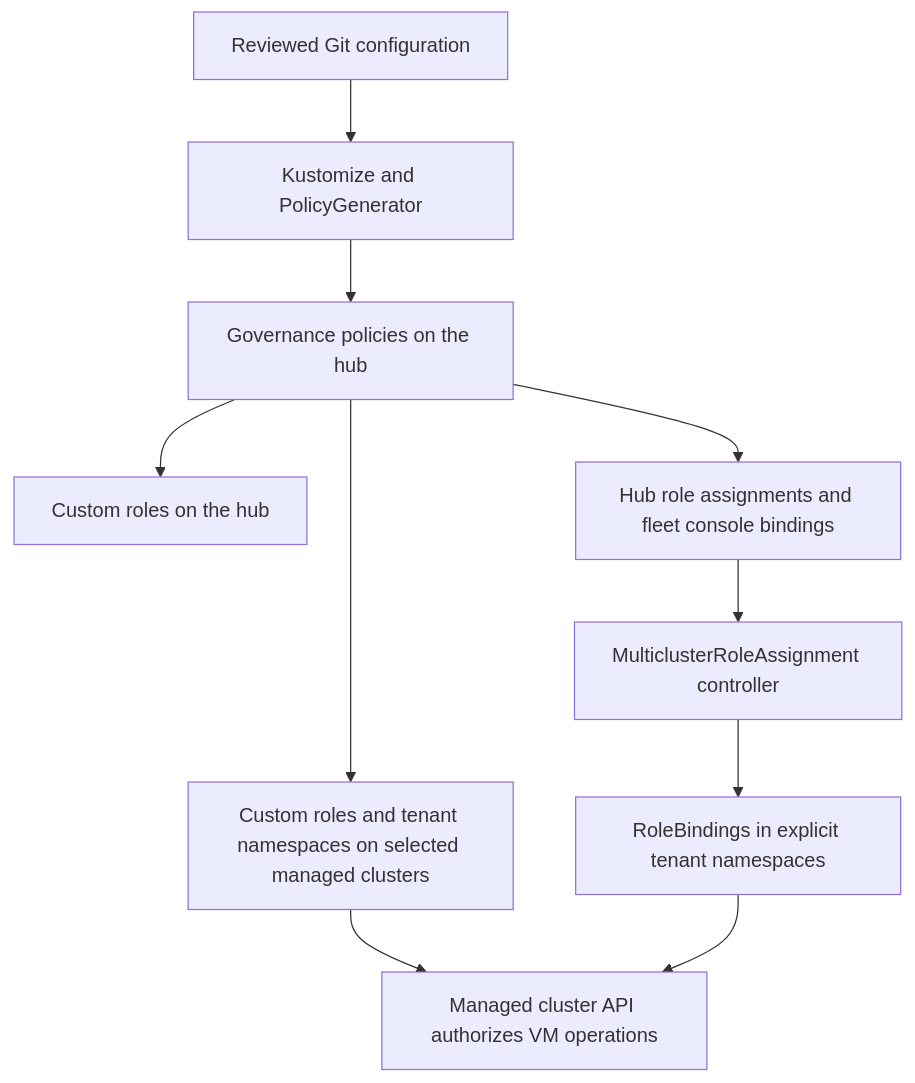
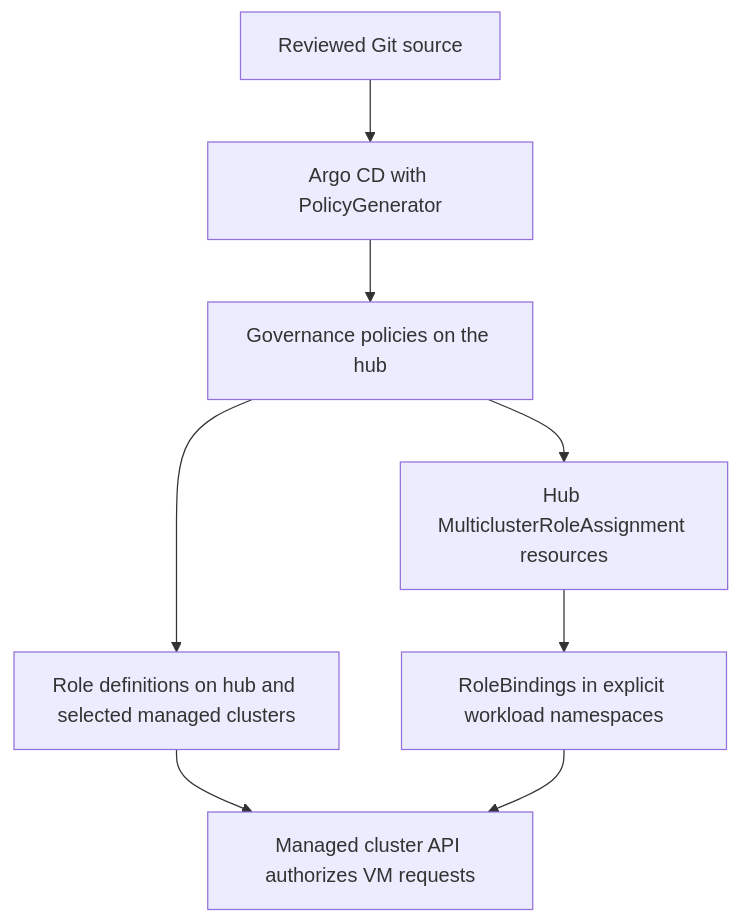
The diagram in virtrbacblog_v2.md (ch-stark/finegrainedrbacvirt), drawn with Mermaid before and after one commit. The commit also changed other lines of this file and 3 other files, not shown here.

````diff
--- a/virtrbacblog_v2.md
+++ b/virtrbacblog_v2.md
@@ -32,12 +31,10 @@
 ```mermaid
 flowchart TD
-    Git[Reviewed Git configuration] --> Build[Kustomize and PolicyGenerator]
-    Build --> Policies[Governance policies on the hub]
-    Policies --> HubRoles[Custom roles on the hub]
-    Policies --> SpokeRoles[Custom roles and tenant namespaces on selected managed clusters]
-    Policies --> Assignments[Hub role assignments and fleet console bindings]
-    Assignments --> MRA[MulticlusterRoleAssignment controller]
-    MRA --> Bindings[RoleBindings in explicit tenant namespaces]
-    SpokeRoles --> Workload[Managed cluster API authorizes VM operations]
-    Bindings --> Workload
+    Git[Reviewed Git source] --> Argo[Argo CD with PolicyGenerator]
+    Argo --> Governance[Governance policies on the hub]
+    Governance --> Roles[Role definitions on hub and selected managed clusters]
+    Governance --> MRA[Hub MulticlusterRoleAssignment resources]
+    MRA --> Bindings[RoleBindings in explicit workload namespaces]
+    Roles --> API[Managed cluster API authorizes VM requests]
+    Bindings --> API
 ```
````
